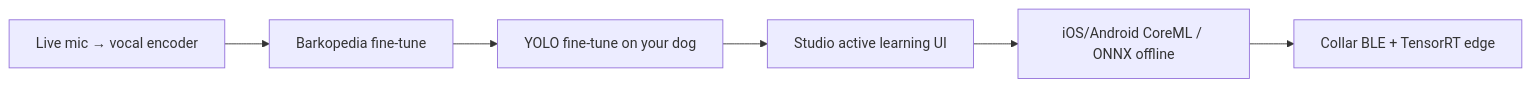
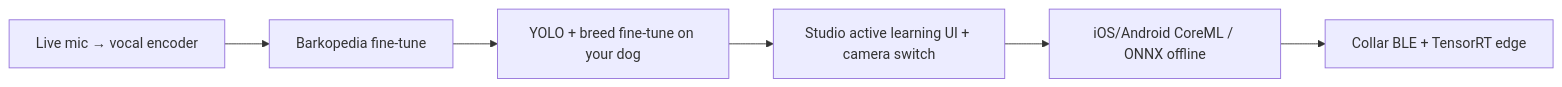
Before and after one commit to Team-Deepiri/deepiri-aarflingo: the diagram in docs/ROADMAP.md, drawn with Mermaid. The commit also changed other lines of this file and 92 other files, not shown here.

````diff
--- a/docs/ROADMAP.md
+++ b/docs/ROADMAP.md
@@ -141,8 +165,8 @@
 ```mermaid
 flowchart LR
   A[Live mic → vocal encoder] --> B[Barkopedia fine-tune]
-  B --> C[YOLO fine-tune on your dog]
-  C --> D[Studio active learning UI]
+  B --> C[YOLO + breed fine-tune on your dog]
+  C --> D[Studio active learning UI + camera switch]
   D --> E[iOS/Android CoreML / ONNX offline]
   E --> F[Collar BLE + TensorRT edge]
 ```
````
